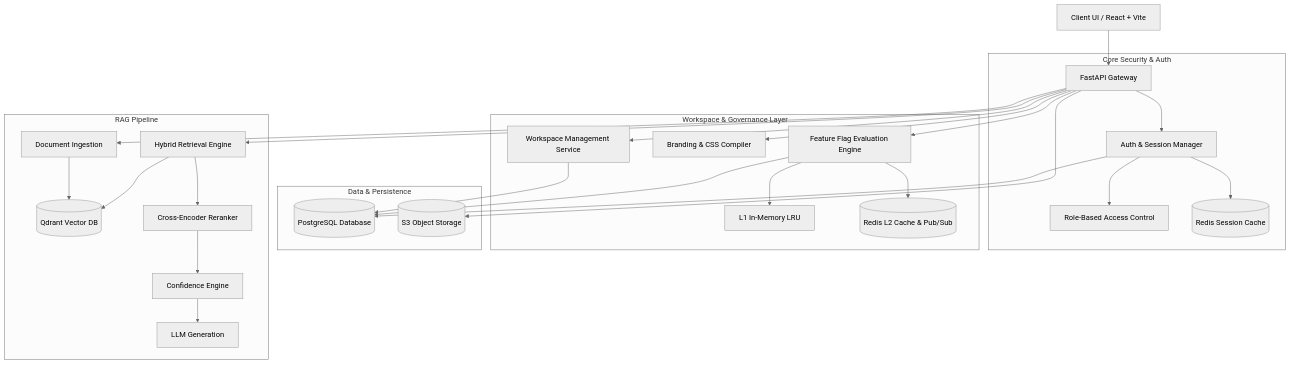
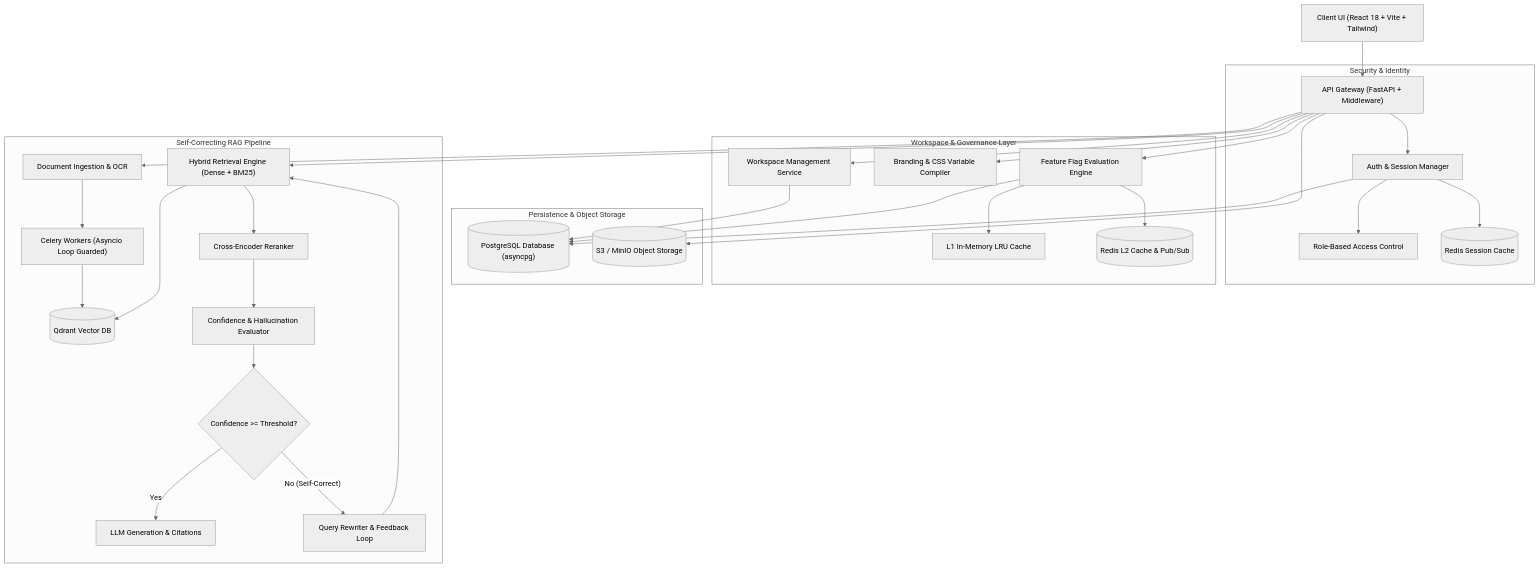
One commit to sujith0466/Veritas-RAG changed the diagram in README.md. Above: the diagram before and after it, drawn with Mermaid (neutral theme). The commit also changed other lines of this file and 41 other files, not shown here.

````diff
--- a/README.md
+++ b/README.md
@@ -69,35 +58,40 @@
 ```mermaid
 graph TD
-    Client[Client UI / React + Vite] --> Gateway[FastAPI Gateway]
+    Client["Client UI (React 18 + Vite + Tailwind)"] --> Gateway["API Gateway (FastAPI + Middleware)"]
 
-    subgraph "Core Security & Auth"
-        Gateway --> Auth[Auth & Session Manager]
-        Auth --> RBAC[Role-Based Access Control]
-        Auth --> RedisAuth[(Redis Session Cache)]
+    subgraph "Security & Identity"
+        Gateway --> Auth["Auth & Session Manager"]
+        Auth --> RBAC["Role-Based Access Control"]
+        Auth --> RedisAuth[("Redis Session Cache")]
     end
 
     subgraph "Workspace & Governance Layer"
-        Gateway --> Workspaces[Workspace Management Service]
-        Gateway --> Branding[Branding & CSS Compiler]
-        Gateway --> Flags[Feature Flag Evaluation Engine]
-        Flags --> L1Cache[L1 In-Memory LRU]
-        Flags --> L2Cache[(Redis L2 Cache & Pub/Sub)]
+        Gateway --> Workspaces["Workspace Management Service"]
+        Gateway --> Branding["Branding & CSS Variable Compiler"]
+        Gateway --> Flags["Feature Flag Evaluation Engine"]
+        Flags --> L1Cache["L1 In-Memory LRU Cache"]
+        Flags --> L2Cache[("Redis L2 Cache & Pub/Sub")]
     end
 
-    subgraph "Data & Persistence"
-        Workspaces --> PG[(PostgreSQL Database)]
+    subgraph "Persistence & Object Storage"
+        Workspaces --> PG[("PostgreSQL Database (asyncpg)")]
         Auth --> PG
         Flags --> PG
-        Gateway --> S3[(S3 Object Storage)]
+        Gateway --> S3[("S3 / MinIO Object Storage")]
     end
 
-    subgraph "RAG Pipeline"
-        Gateway --> Ingestion[Document Ingestion]
-        Gateway --> Retrieval[Hybrid Retrieval Engine]
-        Ingestion --> Qdrant[(Qdrant Vector DB)]
+    subgraph "Self-Correcting RAG Pipeline"
+        Gateway --> Ingestion["Document Ingestion & OCR"]
+        Ingestion --> CeleryWorkers["Celery Workers (Asyncio Loop Guarded)"]
+        CeleryWorkers --> Qdrant[("Qdrant Vector DB")]
+
+        Gateway --> Retrieval["Hybrid Retrieval Engine (Dense + BM25)"]
         Retrieval --> Qdrant
-        Retrieval --> Reranker[Cross-Encoder Reranker]
-        Reranker --> Confidence[Confidence Engine]
-        Confidence --> LLM[LLM Generation]
+        Retrieval --> Reranker["Cross-Encoder Reranker"]
+        Reranker --> Confidence["Confidence & Hallucination Evaluator"]
+        Confidence --> SelfCorrection{"Confidence >= Threshold?"}
+        SelfCorrection -- "Yes" --> LLM["LLM Generation & Citations"]
+        SelfCorrection -- "No (Self-Correct)" --> Rewrite["Query Rewriter & Feedback Loop"]
+        Rewrite --> Retrieval
     end
 ```
````
